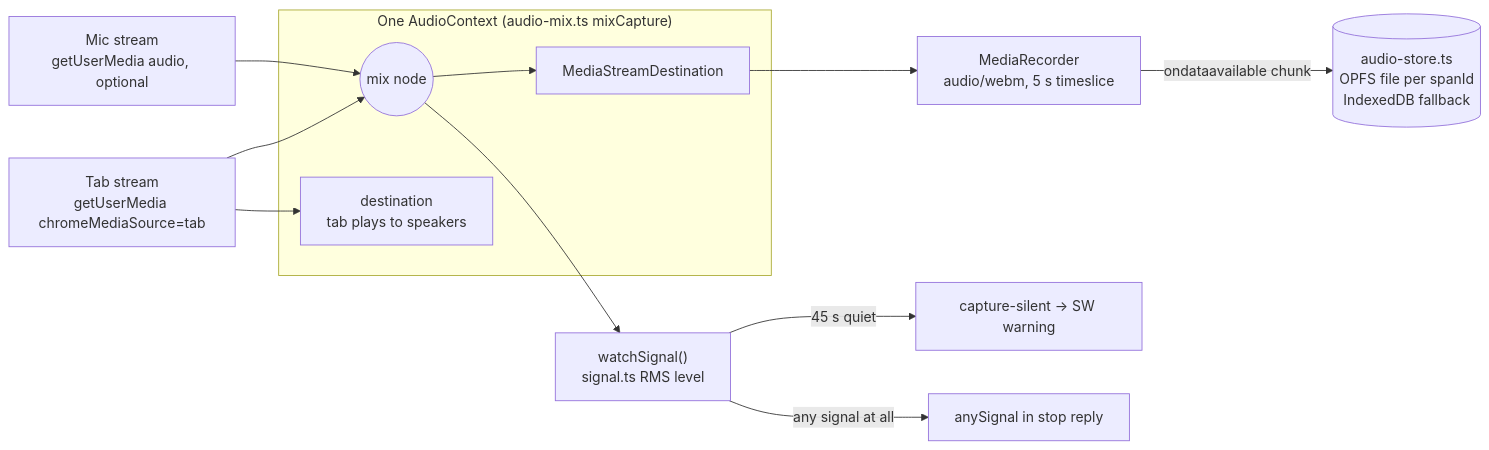
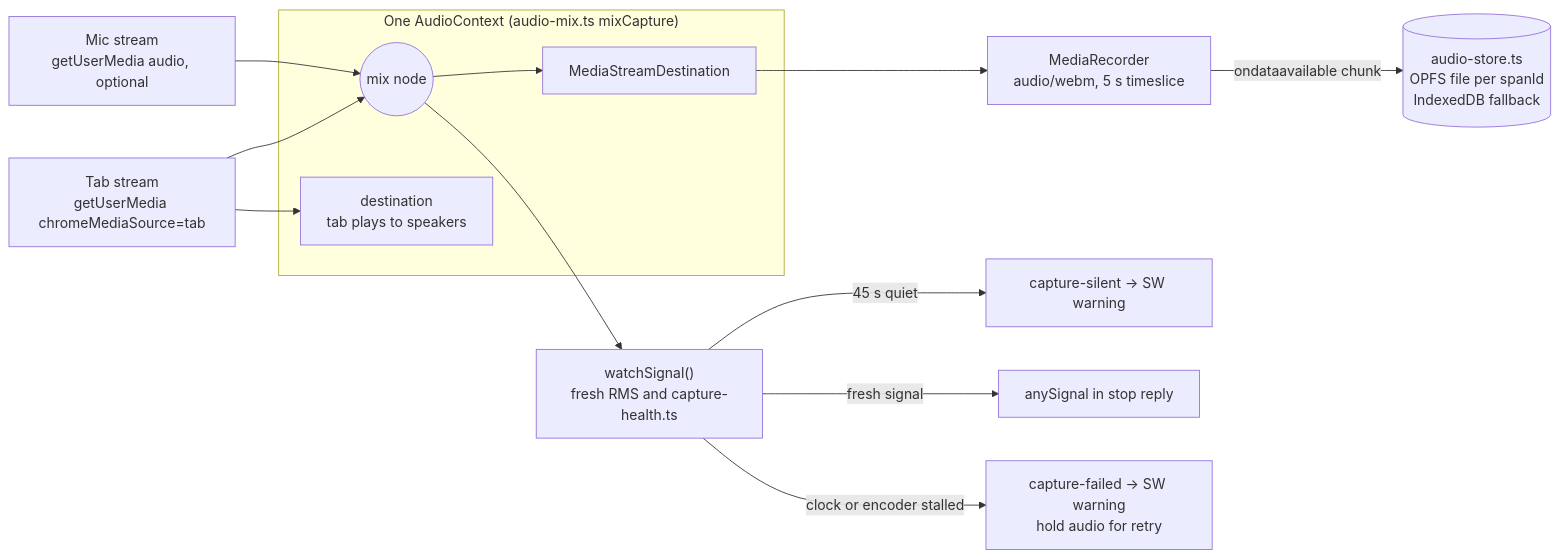
The seventh of 11 diagrams in docs/ARCHITECTURE.md (dominic676767/meeting-summarizer), drawn with Mermaid before and after one commit. The commit also changed other lines of this file and 54 other files, not shown here.

````diff
--- a/docs/ARCHITECTURE.md
+++ b/docs/ARCHITECTURE.md
@@ -353,21 +385,22 @@
 ```mermaid
 flowchart LR
     tab["Tab stream<br/>getUserMedia chromeMediaSource=tab"]
     mic["Mic stream<br/>getUserMedia audio, optional"]
     subgraph ctx["One AudioContext (audio-mix.ts mixCapture)"]
         mix(("mix node"))
         speakers["destination<br/>tab plays to speakers"]
         dest["MediaStreamDestination"]
     end
-    watch["watchSignal()<br/>signal.ts RMS level"]
+    watch["watchSignal()<br/>fresh RMS and capture-health.ts"]
     mr["MediaRecorder<br/>audio/webm, 5 s timeslice"]
     store[("audio-store.ts<br/>OPFS file per spanId<br/>IndexedDB fallback")]
 
     tab --> mix
     mic --> mix
     tab --> speakers
     mix --> dest --> mr -- "ondataavailable chunk" --> store
     mix --> watch
     watch -- "45 s quiet" --> warn["capture-silent → SW warning"]
-    watch -- "any signal at all" --> any["anySignal in stop reply"]
+    watch -- "fresh signal" --> any["anySignal in stop reply"]
+    watch -- "clock or encoder stalled" --> failed["capture-failed → SW warning<br/>hold audio for retry"]
 ```
````
